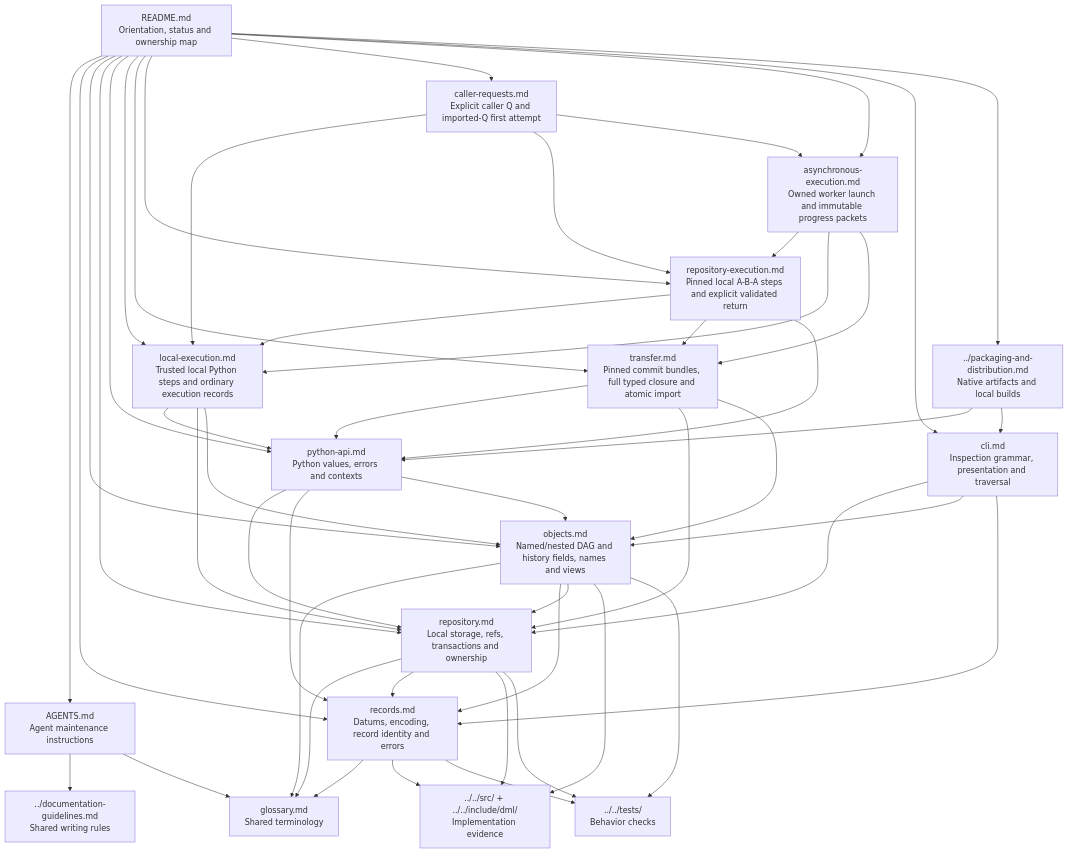
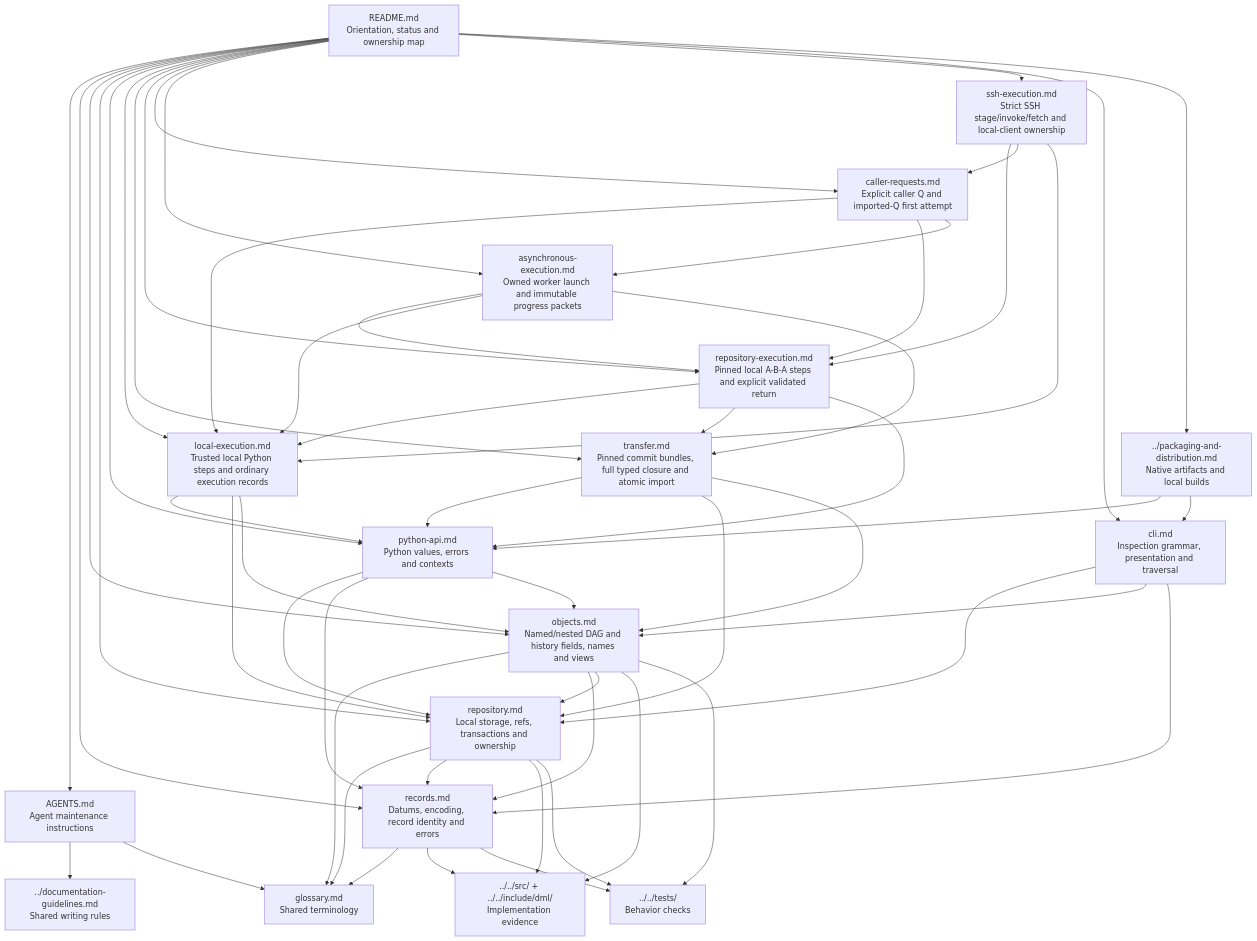
One commit to micha/dml changed the diagram in docs/spec-next/README.md. Above: the diagram before and after it, drawn with Mermaid. The commit also changed other lines of this file and 21 other files, not shown here.

````diff
--- a/docs/spec-next/README.md
+++ b/docs/spec-next/README.md
@@ -35,69 +35,74 @@
 ```mermaid
 flowchart TD
     README["README.md<br/>Orientation, status and ownership map"]
     AGENTS["AGENTS.md<br/>Agent maintenance instructions"]
     GUIDE["../documentation-guidelines.md<br/>Shared writing rules"]
     GLOSSARY["glossary.md<br/>Shared terminology"]
     RECORDS["records.md<br/>Datums, encoding, record identity and errors"]
     OBJECTS["objects.md<br/>Named/nested DAG and history fields, names and views"]
     REPO["repository.md<br/>Local storage, refs, transactions and ownership"]
     PY["python-api.md<br/>Python values, errors and contexts"]
     LOCAL["local-execution.md<br/>Trusted local Python steps and ordinary execution records"]
     TRANSFER["transfer.md<br/>Pinned commit bundles, full typed closure and atomic import"]
     EXCHANGE["repository-execution.md<br/>Pinned local A-B-A steps and explicit validated return"]
     REQUEST["caller-requests.md<br/>Explicit caller Q and imported-Q first attempt"]
     ASYNC["asynchronous-execution.md<br/>Owned worker launch and immutable progress packets"]
+    SSH["ssh-execution.md<br/>Strict SSH stage/invoke/fetch and local-client ownership"]
     CLI["cli.md<br/>Inspection grammar, presentation and traversal"]
     PACK["../packaging-and-distribution.md<br/>Native artifacts and local builds"]
     CODE["../../src/ + ../../include/dml/<br/>Implementation evidence"]
     TESTS["../../tests/<br/>Behavior checks"]
     README --> AGENTS
     README --> RECORDS
     README --> OBJECTS
     README --> REPO
     README --> PY
     README --> LOCAL
     README --> TRANSFER
     README --> EXCHANGE
     EXCHANGE --> LOCAL
     EXCHANGE --> TRANSFER
     EXCHANGE --> PY
     README --> REQUEST
     REQUEST --> LOCAL
     REQUEST --> EXCHANGE
     REQUEST --> ASYNC
     README --> ASYNC
     ASYNC --> EXCHANGE
     ASYNC --> LOCAL
     ASYNC --> TRANSFER
+    README --> SSH
+    SSH --> EXCHANGE
+    SSH --> REQUEST
+    SSH --> LOCAL
     README --> CLI
     README --> PACK
     PY --> REPO
     PY --> RECORDS
     PY --> OBJECTS
     LOCAL --> PY
     LOCAL --> REPO
     LOCAL --> OBJECTS
     TRANSFER --> PY
     TRANSFER --> REPO
     TRANSFER --> OBJECTS
     CLI --> REPO
     CLI --> OBJECTS
     CLI --> RECORDS
     PACK --> PY
     PACK --> CLI
     AGENTS --> GUIDE
     AGENTS --> GLOSSARY
     RECORDS --> GLOSSARY
     OBJECTS --> GLOSSARY
     OBJECTS --> RECORDS
     OBJECTS --> REPO
     OBJECTS --> CODE
     OBJECTS --> TESTS
     REPO --> GLOSSARY
     REPO --> RECORDS
     RECORDS --> CODE
     RECORDS --> TESTS
     REPO --> CODE
     REPO --> TESTS
 ```
````
